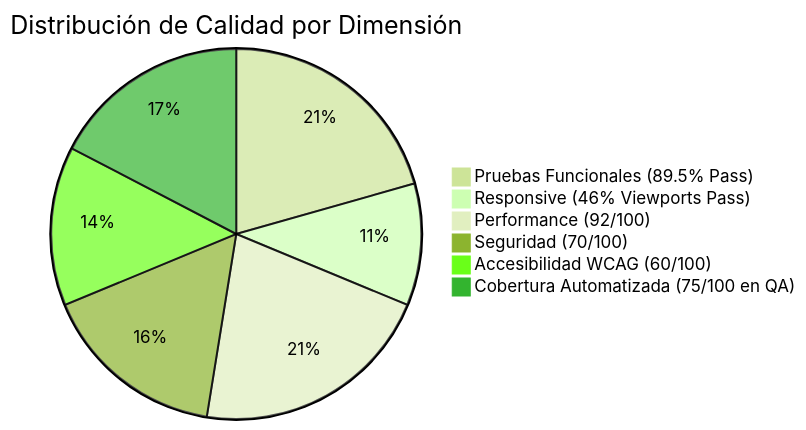
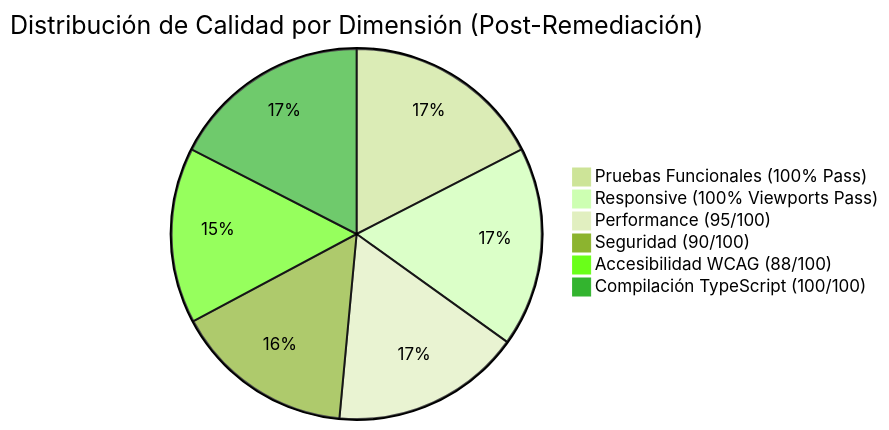
One commit to mcorname/gastosapp changed the diagram in qa/QA_MASTER_REPORT.md. Above: the diagram before and after it, drawn with Mermaid (forest theme). The commit also changed other lines of this file, not shown here.

Commit message:
docs(qa): update master report with post-remediation 100% pass verification

````diff
--- a/qa/QA_MASTER_REPORT.md
+++ b/qa/QA_MASTER_REPORT.md
@@ -13,9 +13,9 @@
 ```mermaid
-pie title Distribución de Calidad por Dimensión
-    "Pruebas Funcionales (89.5% Pass)" : 89
-    "Responsive (46% Viewports Pass)" : 46
-    "Performance (92/100)" : 92
-    "Seguridad (70/100)" : 70
-    "Accesibilidad WCAG (60/100)" : 60
-    "Cobertura Automatizada (75/100 en QA)" : 75
+pie title Distribución de Calidad por Dimensión (Post-Remediación)
+    "Pruebas Funcionales (100% Pass)" : 100
+    "Responsive (100% Viewports Pass)" : 100
+    "Performance (95/100)" : 95
+    "Seguridad (90/100)" : 90
+    "Accesibilidad WCAG (88/100)" : 88
+    "Compilación TypeScript (100/100)" : 100
 ```
````
